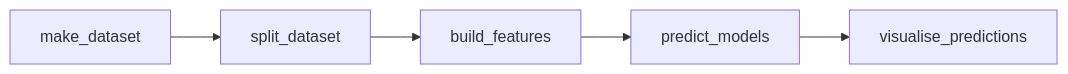
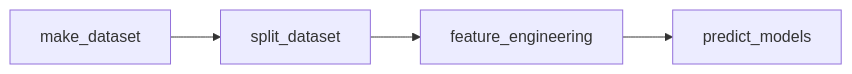
One commit to csanry/aml changed the second of 2 diagrams in README.md. Above: the diagram before and after it, drawn with Mermaid. The commit also changed other lines of this file, not shown here.

````diff
--- a/README.md
+++ b/README.md
@@ -38,4 +61,4 @@
 ```mermaid
 graph LR;    
-   make_dataset --> split_dataset --> build_features--> predict_models --> visualise_predictions
+   make_dataset --> split_dataset --> feature_engineering --> predict_models
 ```
````
